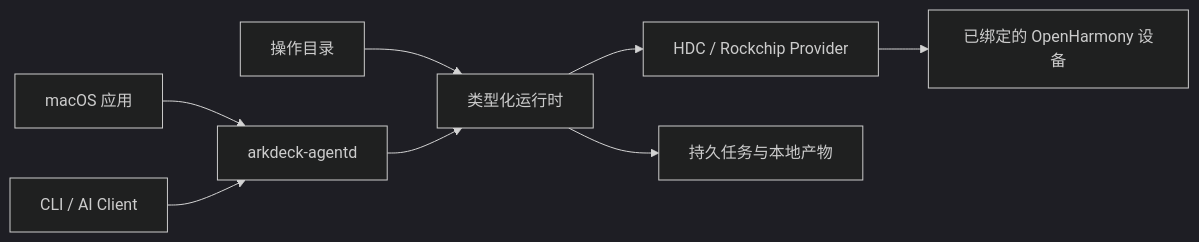
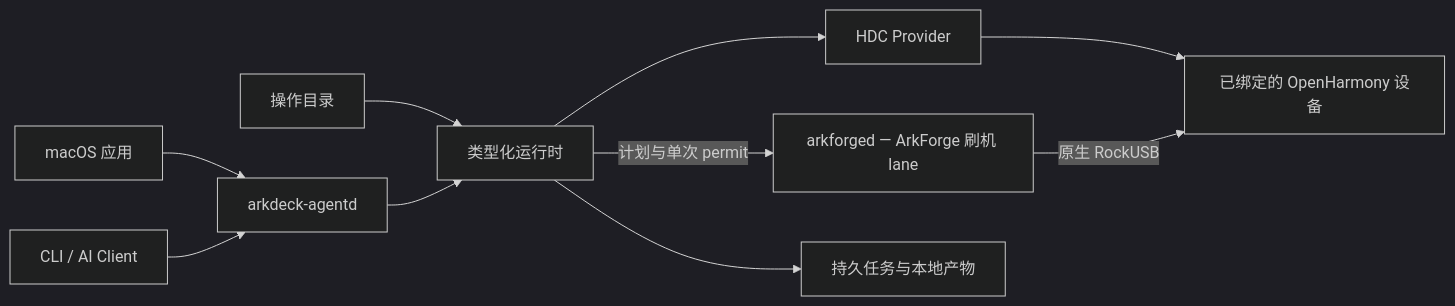
The diagram in README.zh-CN.md (ArkDeck/ArkDeck), drawn with Mermaid (dark theme) before and after one commit. The commit also changed other lines of this file and 15 other files, not shown here.

````diff
--- a/README.zh-CN.md
+++ b/README.zh-CN.md
@@ -70,10 +70,12 @@
 ```mermaid
 flowchart LR
     APP["macOS 应用"] --> DAEMON["arkdeck-agentd"]
     CLIENT["CLI / AI Client"] --> DAEMON
     CATALOG["操作目录"] --> RUNTIME["类型化运行时"]
     DAEMON --> RUNTIME
-    RUNTIME --> PROVIDERS["HDC / Rockchip Provider"]
+    RUNTIME --> PROVIDERS["HDC Provider"]
     PROVIDERS --> DEVICE["已绑定的 OpenHarmony 设备"]
+    RUNTIME -->|"计划与单次 permit"| LANE["arkforged — ArkForge 刷机 lane"]
+    LANE -->|"原生 RockUSB"| DEVICE
     RUNTIME --> STORE["持久任务与本地产物"]
 ```
````
